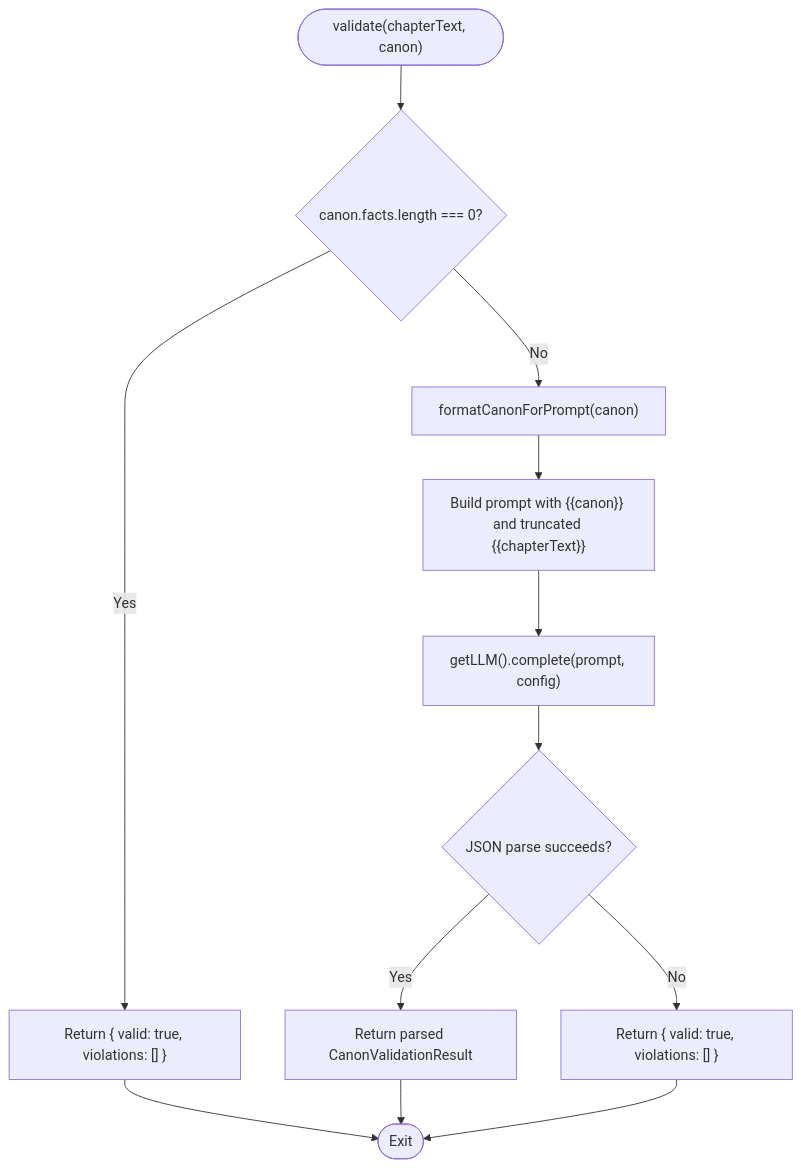
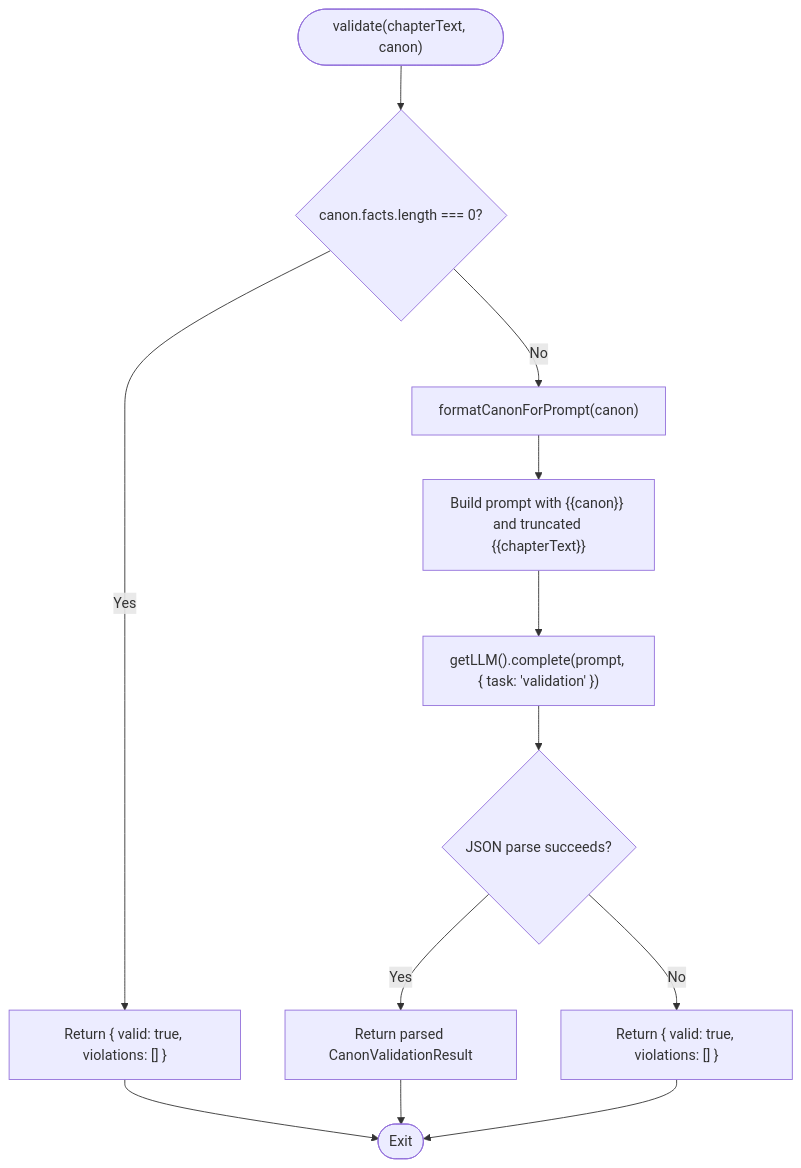
Before and after one commit to liwonder/NARRITIVE_OS: the third of 7 diagrams in .qoder/repowiki/en/content/AI Agent System/Canon Validator Agent.md, drawn with Mermaid. The commit also changed other lines of this file and 12 other files, not shown here.

````diff
--- a/.qoder/repowiki/en/content/AI Agent System/Canon Validator Agent.md
+++ b/.qoder/repowiki/en/content/AI Agent System/Canon Validator Agent.md
@@ -166,14 +189,14 @@
 ```mermaid
 flowchart TD
 Start(["validate(chapterText, canon)"]) --> Empty{"canon.facts.length === 0?"}
 Empty --> |Yes| Pass["Return { valid: true, violations: [] }"]
 Empty --> |No| Format["formatCanonForPrompt(canon)"]
 Format --> BuildPrompt["Build prompt with {{canon}} and truncated {{chapterText}}"]
-BuildPrompt --> CallLLM["getLLM().complete(prompt, config)"]
+BuildPrompt --> CallLLM["getLLM().complete(prompt, { task: 'validation' })"]
 CallLLM --> Parse{"JSON parse succeeds?"}
 Parse --> |Yes| ReturnRes["Return parsed CanonValidationResult"]
 Parse --> |No| Fallback["Return { valid: true, violations: [] }"]
 Pass --> End(["Exit"])
 ReturnRes --> End
 Fallback --> End
 ```
````
